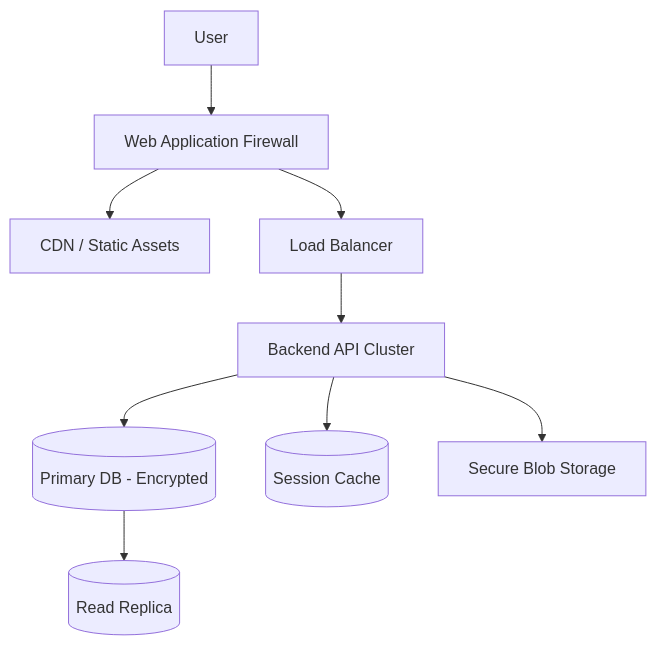
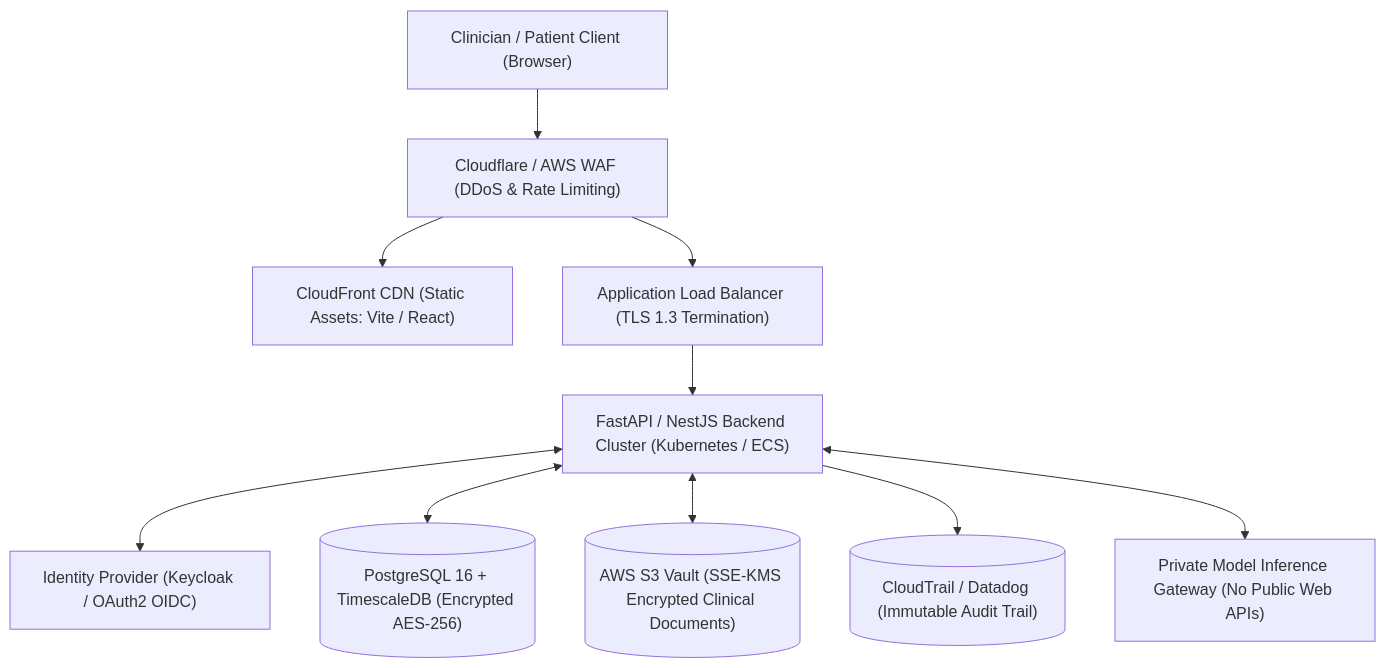
Before and after one commit to Ujha2005/UtkarshJha: the diagram in docs/PRODUCTION-READINESS.md, drawn with Mermaid. The commit also changed other lines of this file and 37 other files, not shown here.

Commit message:
Complete Phase 9 backend and healthcare data architecture

````diff
--- a/docs/PRODUCTION-READINESS.md
+++ b/docs/PRODUCTION-READINESS.md
@@ -34,11 +53,14 @@
 ```mermaid
 flowchart TD
-    User --> WAF[Web Application Firewall]
-    WAF --> CDN[CDN / Static Assets]
-    WAF --> LB[Load Balancer]
-    LB --> API[Backend API Cluster]
-    API --> DB[(Primary DB - Encrypted)]
-    DB --> Replica[(Read Replica)]
-    API --> Redis[(Session Cache)]
-    API --> S3[Secure Blob Storage]
+    User["Clinician / Patient Client (Browser)"] 
+    --> WAF["Cloudflare / AWS WAF (DDoS & Rate Limiting)"]
+    WAF --> CDN["CloudFront CDN (Static Assets: Vite / React)"]
+    WAF --> LB["Application Load Balancer (TLS 1.3 Termination)"]
+    LB --> API["FastAPI / NestJS Backend Cluster (Kubernetes / ECS)"]
+    
+    API <--> IdP["Identity Provider (Keycloak / OAuth2 OIDC)"]
+    API <--> DB[("PostgreSQL 16 + TimescaleDB (Encrypted AES-256)")]
+    API <--> S3[("AWS S3 Vault (SSE-KMS Encrypted Clinical Documents)")]
+    API --> SIEM[("CloudTrail / Datadog (Immutable Audit Trail)")]
+    API <--> AI["Private Model Inference Gateway (No Public Web APIs)"]
 ```
````
